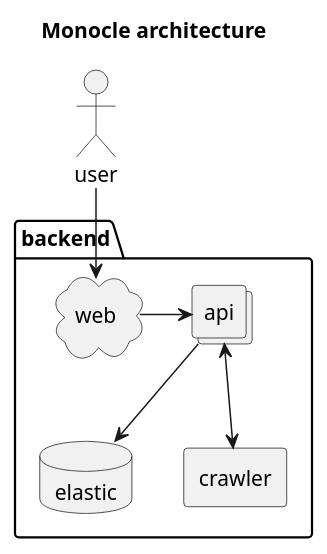
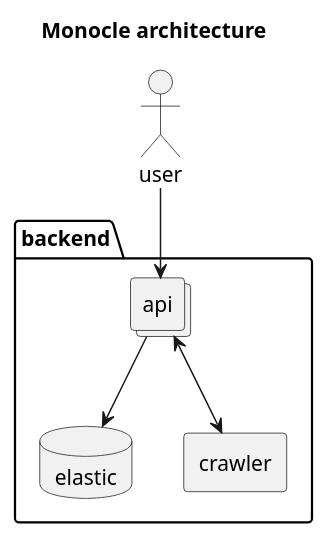
Before and after one commit to change-metrics/monocle: the diagram in doc/architecture.plantuml, drawn with PlantUML. The commit also changed 28 other files, not shown here.

```diff
--- a/doc/architecture.plantuml
+++ b/doc/architecture.plantuml
@@ -1,16 +1,14 @@
 @startuml
 title Monocle architecture
 
 package "backend" {
   database "elastic" as Datastore
   collections "api" as Api
   agent "crawler" as Worker
-  cloud "web" as Proxy
 }
 actor user as User
 
 Api --> Datastore
 Api <--> Worker
-Proxy -> Api
-User --> Proxy
+User --> Api
 @enduml
```
